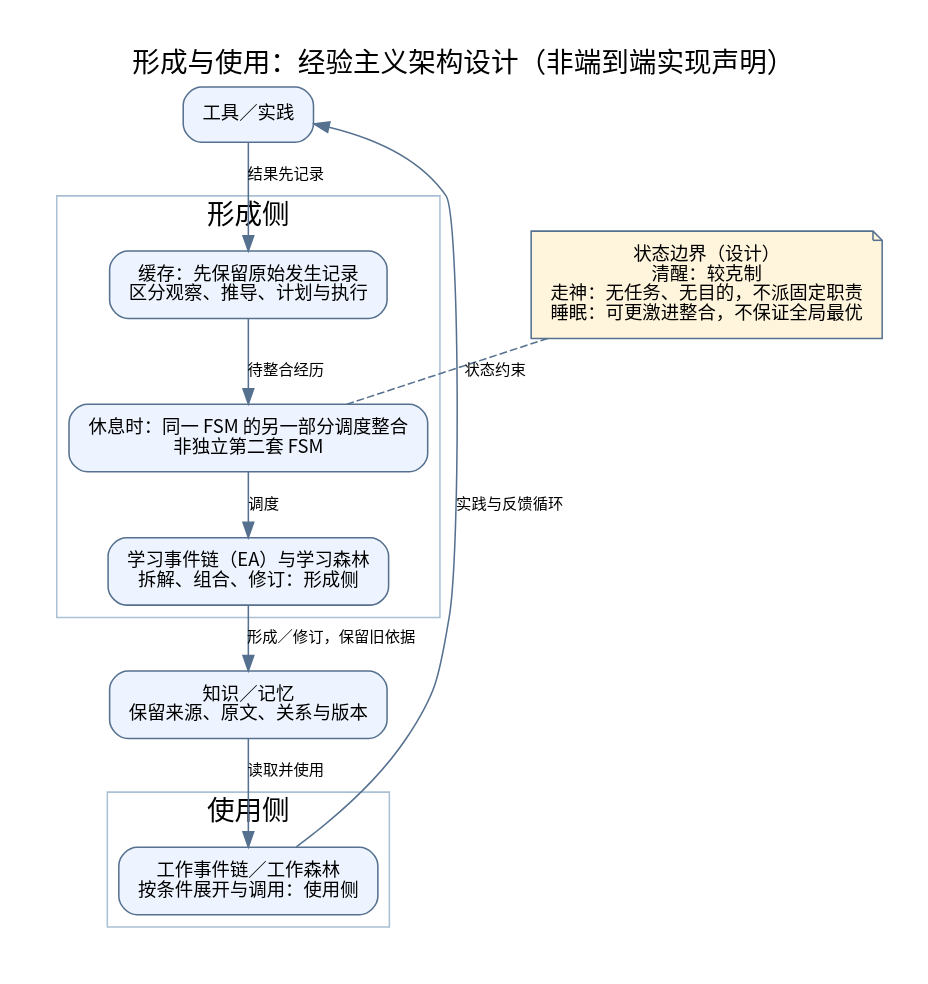
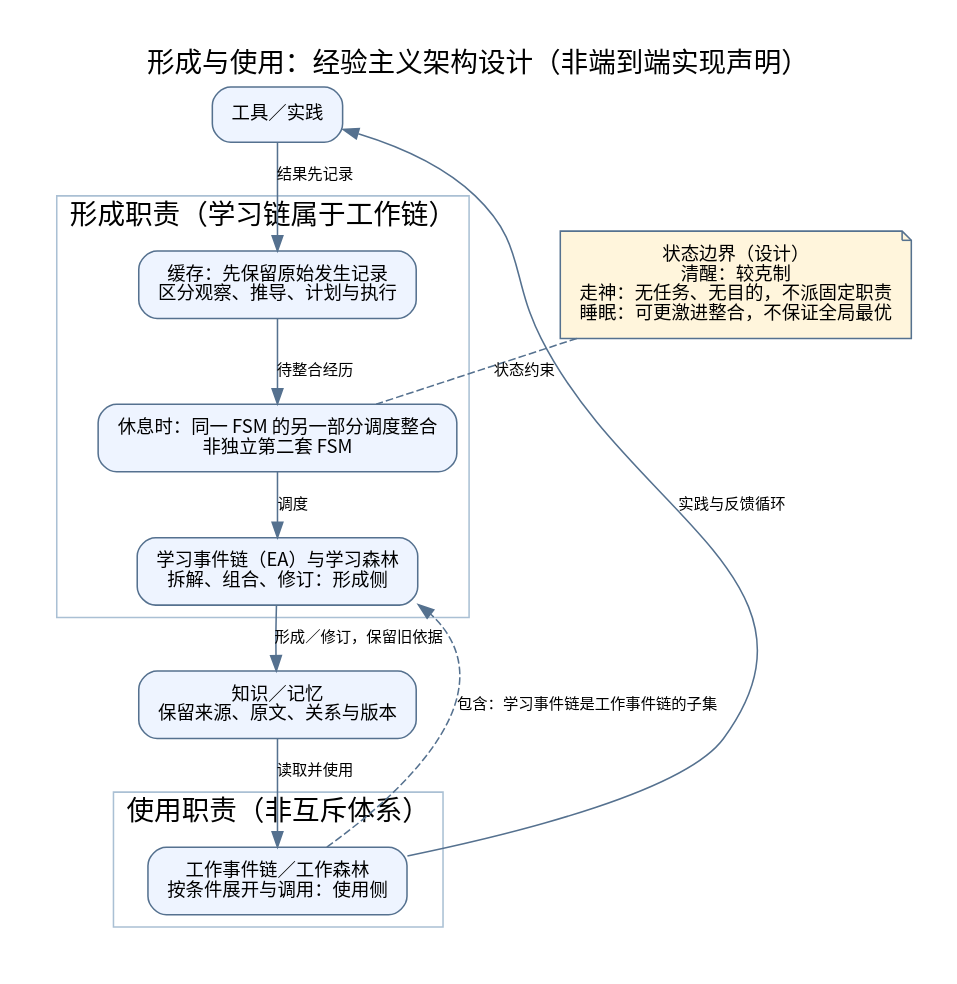
The diagram in docs/diagrams/formation-use.zh.dot (zhangyinghao977-beep/ai-memory-agent-framework), drawn with Graphviz before and after one commit. The commit also changed 20 other files, not shown here.

```diff
--- a/docs/diagrams/formation-use.zh.dot
+++ b/docs/diagrams/formation-use.zh.dot
@@ -1,21 +1,22 @@
 digraph G {
 graph [rankdir=TB, bgcolor="#ffffff", pad="0.3", nodesep="0.35", ranksep="0.45", fontname="Noto Sans CJK SC", fontsize=18, labelloc=t, label="形成与使用：经验主义架构设计（非端到端实现声明）"];
 node [shape=box, style="rounded,filled", fillcolor="#eef4ff", color="#55718f", fontname="Noto Sans CJK SC", fontsize=12, margin="0.16,0.12"];
 edge [color="#55718f", fontname="Noto Sans CJK SC", fontsize=10];
 tools [label="工具／实践"];
 cache [label="缓存：先保留原始发生记录\n区分观察、推导、计划与执行"];
 fsm [label="休息时：同一 FSM 的另一部分调度整合\n非独立第二套 FSM"];
 learn [label="学习事件链（EA）与学习森林\n拆解、组合、修订：形成侧"];
 memory [label="知识／记忆\n保留来源、原文、关系与版本"];
 work [label="工作事件链／工作森林\n按条件展开与调用：使用侧"];
 states [label="状态边界（设计）\n清醒：较克制\n走神：无任务、无目的，不派固定职责\n睡眠：可更激进整合，不保证全局最优",shape=note,fillcolor="#fff5dc"];
-subgraph cluster_0 {label="形成侧"; color="#aac0d4"; cache;fsm;learn;}
-subgraph cluster_1 {label="使用侧"; color="#aac0d4"; work;}
+subgraph cluster_0 {label="形成职责（学习链属于工作链）"; color="#aac0d4"; cache;fsm;learn;}
+subgraph cluster_1 {label="使用职责（非互斥体系）"; color="#aac0d4"; work;}
 tools -> cache [label="结果先记录"];
 cache -> fsm [label="待整合经历"];
 fsm -> learn [label="调度"];
 learn -> memory [label="形成／修订，保留旧依据"];
 memory -> work [label="读取并使用"];
+work -> learn [label="包含：学习事件链是工作事件链的子集",style=dashed,constraint=false];
 work -> tools [label="实践与反馈循环",constraint=false];
 states -> fsm [label="状态约束",style=dashed,arrowhead=none];
 }
```
